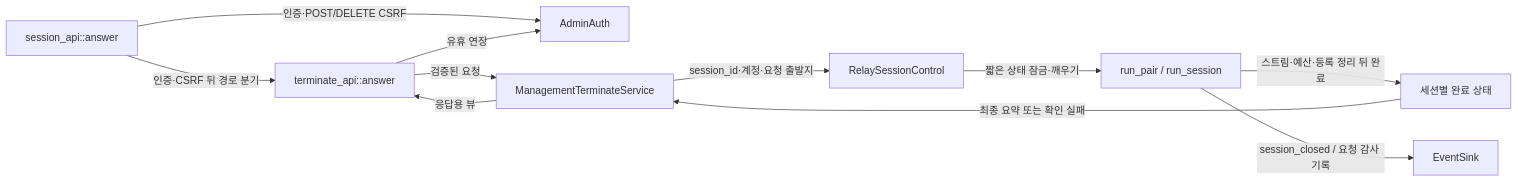
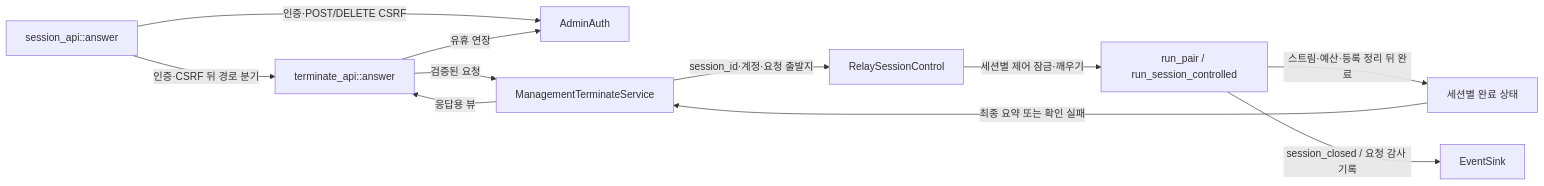
The diagram in docs/architectures/management-terminate.md (kayden-kim/vnc-relay), drawn with Mermaid before and after one commit. The commit also changed other lines of this file and 6 other files, not shown here.

Commit message:
docs(architectures): record admin terminate and WS Kw as current

````diff
--- a/docs/architectures/management-terminate.md
+++ b/docs/architectures/management-terminate.md
@@ -27,13 +27,13 @@
 ```mermaid
 flowchart LR
     HTTP["session_api::answer"] -->|"인증·CSRF 뒤 경로 분기"| API["terminate_api::answer"]
     HTTP -->|"인증·POST/DELETE CSRF"| AUTH["AdminAuth"]
     API -->|"유휴 연장"| AUTH
     API -->|"검증된 요청"| SVC["ManagementTerminateService"]
     SVC -->|"session_id·계정·요청 출발지"| PORT["RelaySessionControl"]
-    PORT -->|"짧은 상태 잠금·깨우기"| OWNER["run_pair / run_session"]
+    PORT -->|"세션별 제어 잠금·깨우기"| OWNER["run_pair / run_session_controlled"]
     OWNER -->|"스트림·예산·등록 정리 뒤 완료"| WAIT["세션별 완료 상태"]
     WAIT -->|"최종 요약 또는 확인 실패"| SVC
     SVC -->|"응답용 뷰"| API
     OWNER -->|"session_closed / 요청 감사 기록"| LOG["EventSink"]
 ```
````
